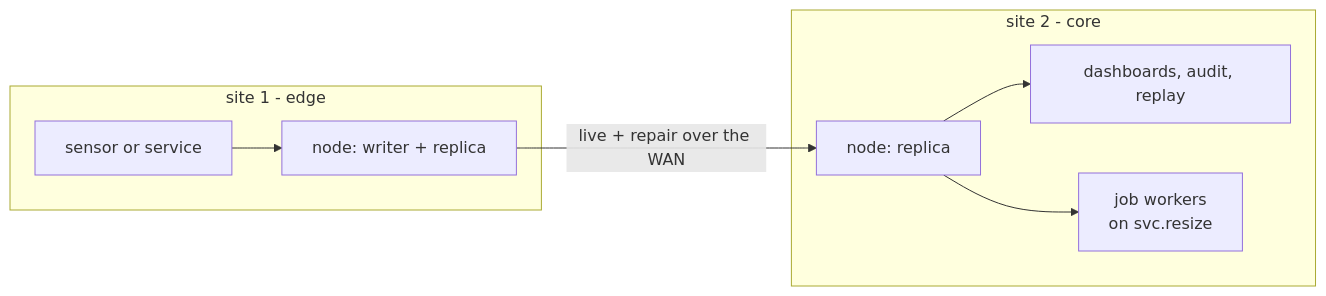
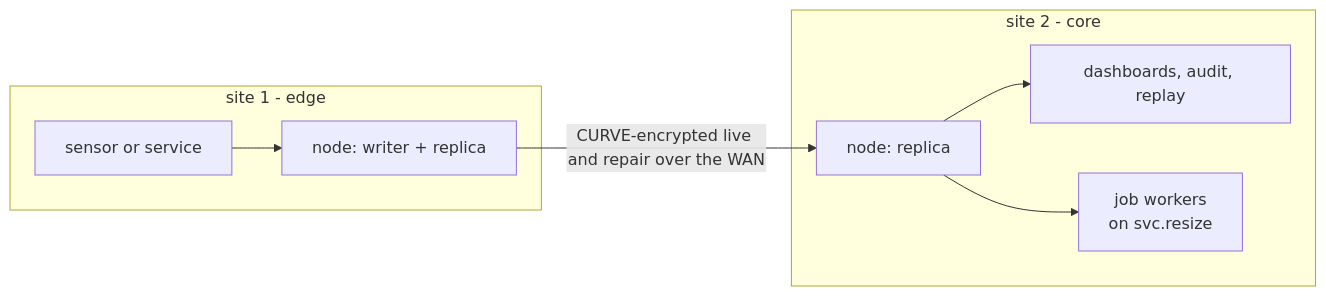
The fourth of 4 diagrams in README.md (BHare1985/mosaic), drawn with Mermaid before and after one commit. The commit also changed other lines of this file and 31 other files, not shown here.

````diff
--- a/README.md
+++ b/README.md
@@ -101,14 +131,14 @@
 ```mermaid
 flowchart LR
     subgraph S1["site 1 - edge"]
         APP1["sensor or service"] --> W1["node: writer + replica"]
     end
     subgraph S2["site 2 - core"]
         R2["node: replica"]
         C2["dashboards, audit, replay"]
         J2["job workers<br/>on svc.resize"]
         R2 --> C2
         R2 --> J2
     end
-    W1 -->|"live + repair over the WAN"| R2
+    W1 -->|"CURVE-encrypted live and repair over the WAN"| R2
 ```
````
